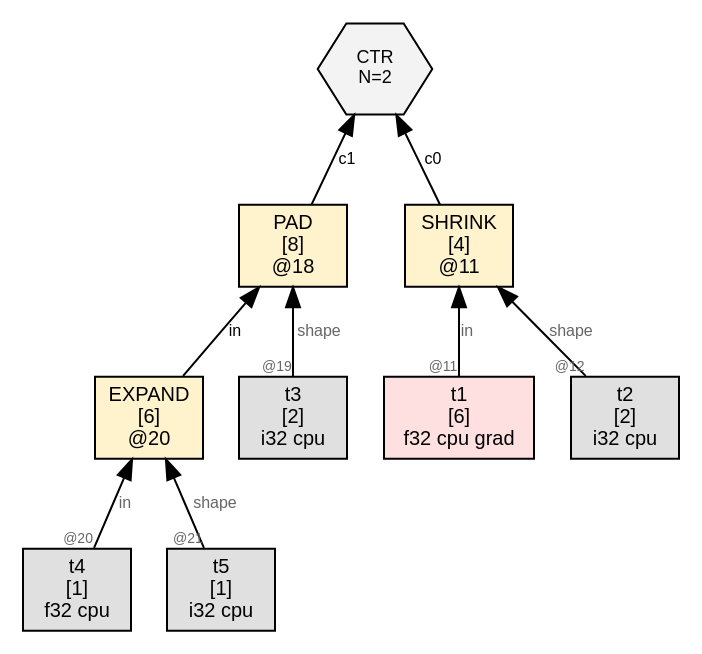
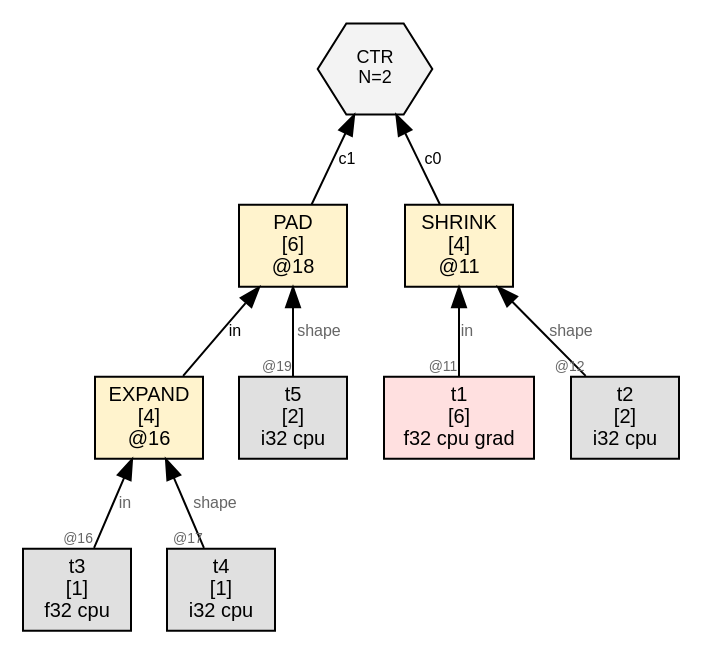
The diagram in wl/examples/thvm_graphs/grad_rules/shrink/thvm_1_post_reduce.dot (sw1sh/TinyHVM), drawn with Graphviz before and after one commit. The commit also changed 5 other files, not shown here.

First line of the commit message:
grad: SHRINK rule emits PAD(ones(y.shape), pairs) directly — shape-consistent

```diff
--- a/wl/examples/thvm_graphs/grad_rules/shrink/thvm_1_post_reduce.dot
+++ b/wl/examples/thvm_graphs/grad_rules/shrink/thvm_1_post_reduce.dot
@@ -1,23 +1,23 @@
 digraph G {
   rankdir=BT;
   node [fontname="Helvetica", fontsize=10, style=filled, shape=box, margin="0.1,0.05"];
   edge [fontsize=8, fontname="Helvetica"];
 
   n11 [label="SHRINK\n[4]\n@11", shape=box, fillcolor="#fff3cd"];
   t1 [label="t1\n[6]\nf32 cpu grad",shape=box,fillcolor="#ffe0e0"];
   t1 -> n11 [label="in",taillabel="@11",labelfontsize=7,fontcolor="#666666"];
   t2 [label="t2\n[2]\ni32 cpu",shape=box,fillcolor="#e0e0e0"];
   t2 -> n11 [label="shape",taillabel="@12",labelfontsize=7,fontcolor="#666666"];
-  n18 [label="PAD\n[8]\n@18", shape=box, fillcolor="#fff3cd"];
-  n20 -> n18 [label="in"];
-  t3 [label="t3\n[2]\ni32 cpu",shape=box,fillcolor="#e0e0e0"];
-  t3 -> n18 [label="shape",taillabel="@19",labelfontsize=7,fontcolor="#666666"];
+  n18 [label="PAD\n[6]\n@18", shape=box, fillcolor="#fff3cd"];
+  n16 -> n18 [label="in"];
+  t5 [label="t5\n[2]\ni32 cpu",shape=box,fillcolor="#e0e0e0"];
+  t5 -> n18 [label="shape",taillabel="@19",labelfontsize=7,fontcolor="#666666"];
   ctr8 [label="CTR\nN=2", shape=hexagon, fillcolor="#f3f3f3", fontsize=9];
   n11 -> ctr8 [label="c0"];
   n18 -> ctr8 [label="c1"];
-  n20 [label="EXPAND\n[6]\n@20", shape=box, fillcolor="#fff3cd"];
-  t4 [label="t4\n[1]\nf32 cpu",shape=box,fillcolor="#e0e0e0"];
-  t4 -> n20 [label="in",taillabel="@20",labelfontsize=7,fontcolor="#666666"];
-  t5 [label="t5\n[1]\ni32 cpu",shape=box,fillcolor="#e0e0e0"];
-  t5 -> n20 [label="shape",taillabel="@21",labelfontsize=7,fontcolor="#666666"];
+  n16 [label="EXPAND\n[4]\n@16", shape=box, fillcolor="#fff3cd"];
+  t3 [label="t3\n[1]\nf32 cpu",shape=box,fillcolor="#e0e0e0"];
+  t3 -> n16 [label="in",taillabel="@16",labelfontsize=7,fontcolor="#666666"];
+  t4 [label="t4\n[1]\ni32 cpu",shape=box,fillcolor="#e0e0e0"];
+  t4 -> n16 [label="shape",taillabel="@17",labelfontsize=7,fontcolor="#666666"];
 }
```
